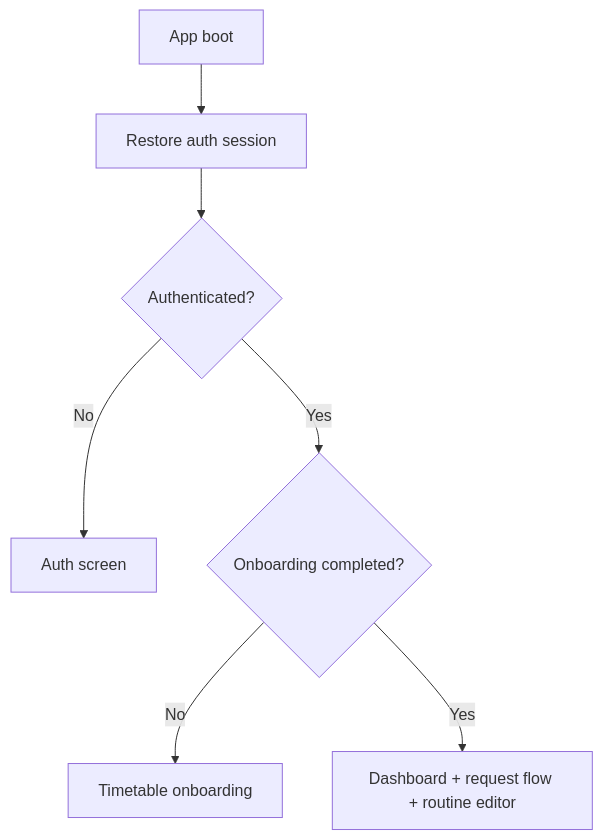
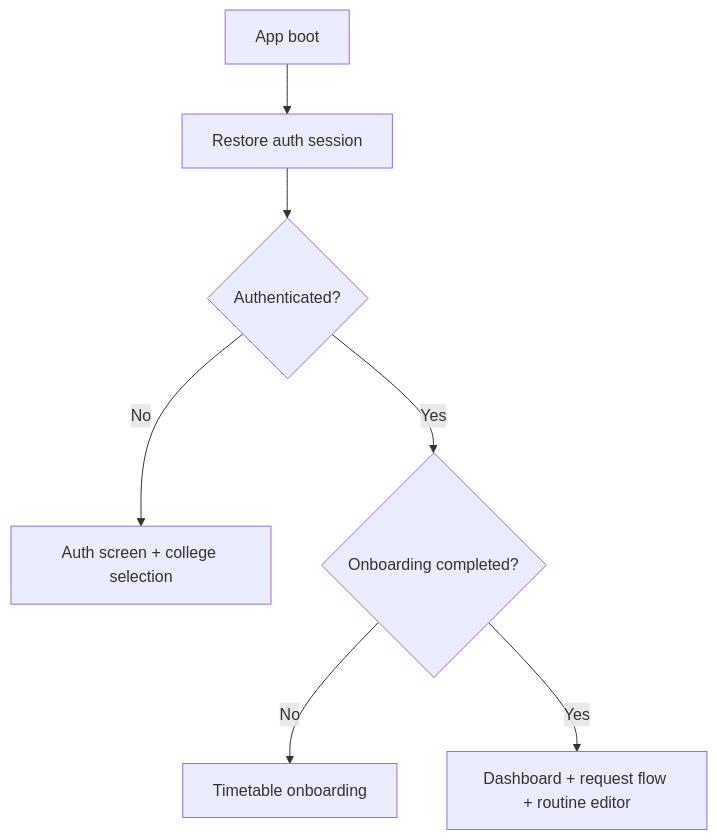
The diagram in client/README.md (04shubham7/EquiClass), drawn with Mermaid before and after one commit. The commit also changed other lines of this file and 3 other files, not shown here.

````diff
--- a/client/README.md
+++ b/client/README.md
@@ -16,9 +18,9 @@
 ```mermaid
 flowchart TD
     A[App boot] --> B[Restore auth session]
     B --> C{Authenticated?}
-    C -- No --> D[Auth screen]
+    C -- No --> D[Auth screen + college selection]
     C -- Yes --> E{Onboarding completed?}
     E -- No --> F[Timetable onboarding]
     E -- Yes --> G[Dashboard + request flow + routine editor]
 ```
````
